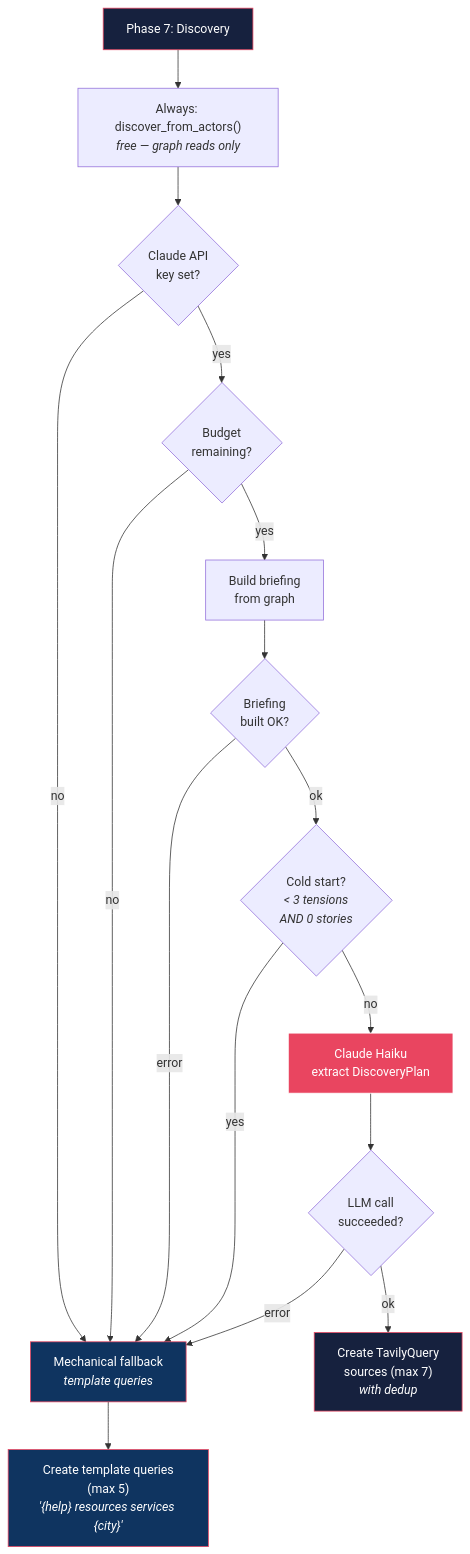
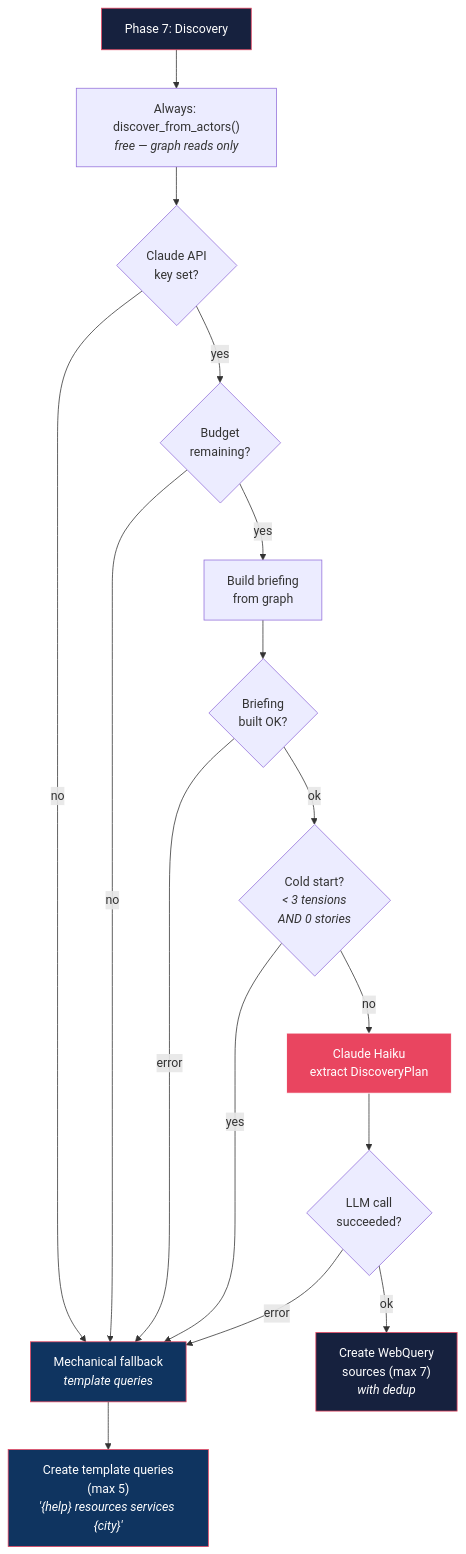
The tenth of 13 diagrams in docs/architecture/feedback-loops.md (fourthplaces/rootsignal), drawn with Mermaid before and after one commit. The commit also changed other lines of this file and 45 other files, not shown here.

First line of the commit message:
feat: replace Tavily with Serper.dev for web search

````diff
--- a/docs/architecture/feedback-loops.md
+++ b/docs/architecture/feedback-loops.md
@@ -644,25 +644,25 @@
 ```mermaid
 flowchart TB
     Start["Phase 7: Discovery"] --> Actors["Always: discover_from_actors()<br/><i>free — graph reads only</i>"]
     Actors --> HasClaude{"Claude API<br/>key set?"}
     HasClaude -- no --> Mechanical["Mechanical fallback<br/><i>template queries</i>"]
     HasClaude -- yes --> HasBudget{"Budget<br/>remaining?"}
     HasBudget -- no --> Mechanical
     HasBudget -- yes --> BuildBrief["Build briefing<br/>from graph"]
     BuildBrief --> BriefOk{"Briefing<br/>built OK?"}
     BriefOk -- error --> Mechanical
     BriefOk -- ok --> ColdStart{"Cold start?<br/><i>< 3 tensions<br/>AND 0 stories</i>"}
     ColdStart -- yes --> Mechanical
     ColdStart -- no --> LLMCall["Claude Haiku<br/>extract DiscoveryPlan"]
     LLMCall --> LLMOk{"LLM call<br/>succeeded?"}
     LLMOk -- error --> Mechanical
-    LLMOk -- ok --> CreateSources["Create TavilyQuery<br/>sources (max 7)<br/><i>with dedup</i>"]
+    LLMOk -- ok --> CreateSources["Create WebQuery<br/>sources (max 7)<br/><i>with dedup</i>"]
 
     Mechanical --> CreateMech["Create template queries<br/>(max 5)<br/><i>'{help} resources services {city}'</i>"]
 
     style Start fill:#16213e,stroke:#e94560,color:#fff
     style LLMCall fill:#e94560,stroke:#fff,color:#fff
     style Mechanical fill:#0f3460,stroke:#e94560,color:#fff
     style CreateSources fill:#16213e,stroke:#e94560,color:#fff
     style CreateMech fill:#0f3460,stroke:#e94560,color:#fff
 ```
````
